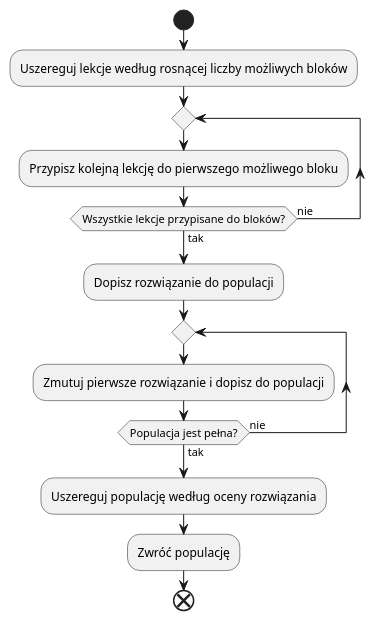
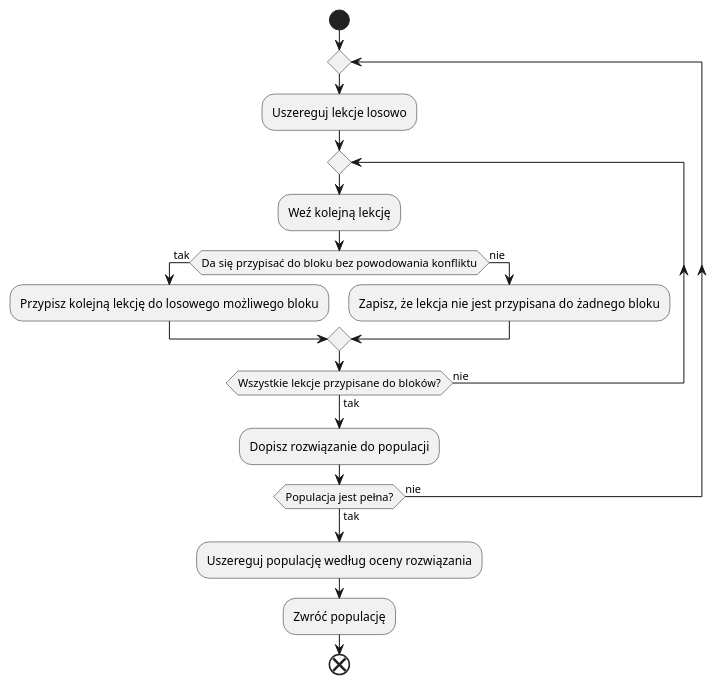
One commit to TobiaszAGH/monte_planer changed the diagram in uml_diagrams/starting_popu.puml. Above: the diagram before and after it, drawn with PlantUML. The commit also changed 1 other file, not shown here.

Commit message:
updated uml diagrams and readme images

```diff
--- a/uml_diagrams/starting_popu.puml
+++ b/uml_diagrams/starting_popu.puml
@@ -1,14 +1,18 @@
 @startuml pop
 start
-:Uszereguj lekcje według rosnącej liczby możliwych bloków;
 repeat
-    :Przypisz kolejną lekcję do pierwszego możliwego bloku;
-repeat while (Wszystkie lekcje przypisane do bloków?) is (nie) not (tak)
-:Dopisz rozwiązanie do populacji;
-repeat
-    :Zmutuj pierwsze rozwiązanie i dopisz do populacji;
+    :Uszereguj lekcje losowo;
+    repeat
+        :Weź kolejną lekcję;
+        if (Da się przypisać do bloku bez powodowania konfliktu) then (tak)
+            :Przypisz kolejną lekcję do losowego możliwego bloku;
+        else (nie)
+            :Zapisz, że lekcja nie jest przypisana do żadnego bloku;
+        endif
+    repeat while (Wszystkie lekcje przypisane do bloków?) is (nie) not (tak)
+    :Dopisz rozwiązanie do populacji;
 repeat while (Populacja jest pełna?) is (nie) not (tak)
 :Uszereguj populację według oceny rozwiązania;
 :Zwróć populację;
 end
 @enduml
```
